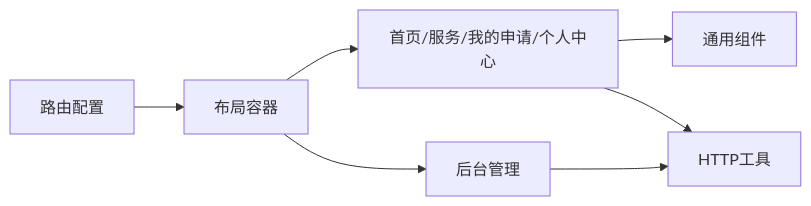
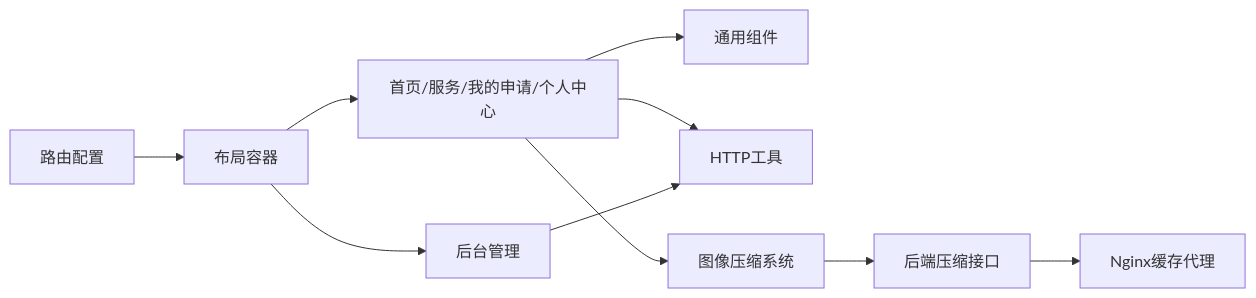
Before and after one commit to Giraffe-Han/microAPP: the eighth of 8 diagrams in .qoder/repowiki/zh/content/前端应用架构/页面视图设计.md, drawn with Mermaid. The commit also changed other lines of this file and 6 other files, not shown here.

````diff
--- a/.qoder/repowiki/zh/content/前端应用架构/页面视图设计.md
+++ b/.qoder/repowiki/zh/content/前端应用架构/页面视图设计.md
@@ -322,9 +446,12 @@
 ```mermaid
 graph LR
 R["路由配置"] --> L["布局容器"]
 L --> P1["首页/服务/我的申请/个人中心"]
 L --> A["后台管理"]
 P1 --> C["通用组件"]
 P1 --> H["HTTP工具"]
+P1 --> I["图像压缩系统"]
 A --> H
+I --> B["后端压缩接口"]
+B --> N["Nginx缓存代理"]
 ```
````
